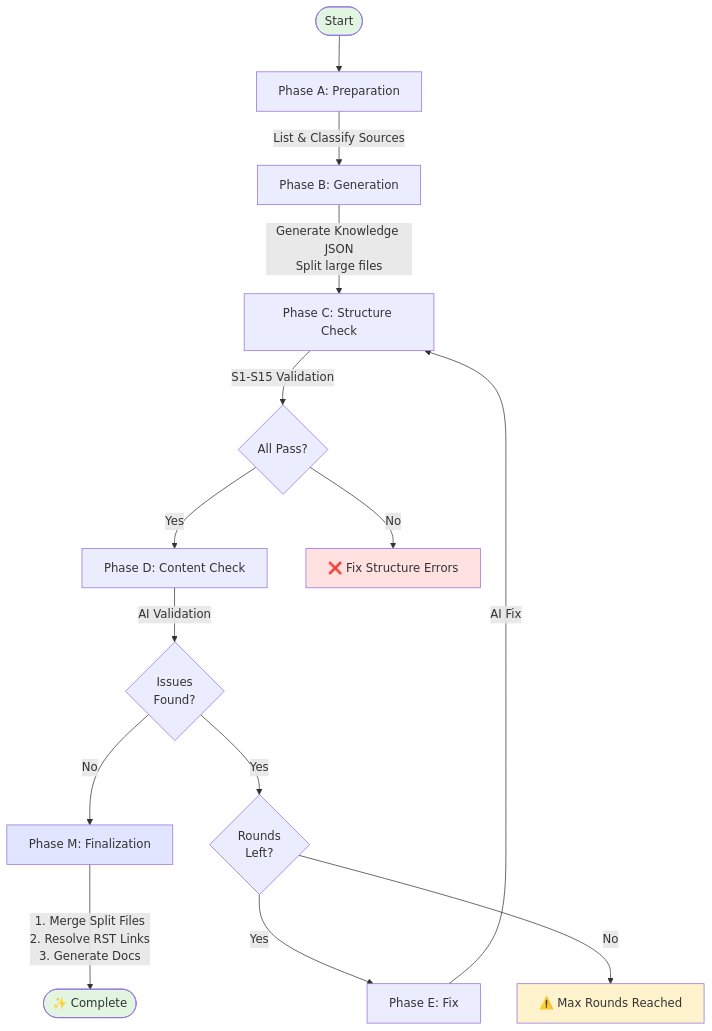
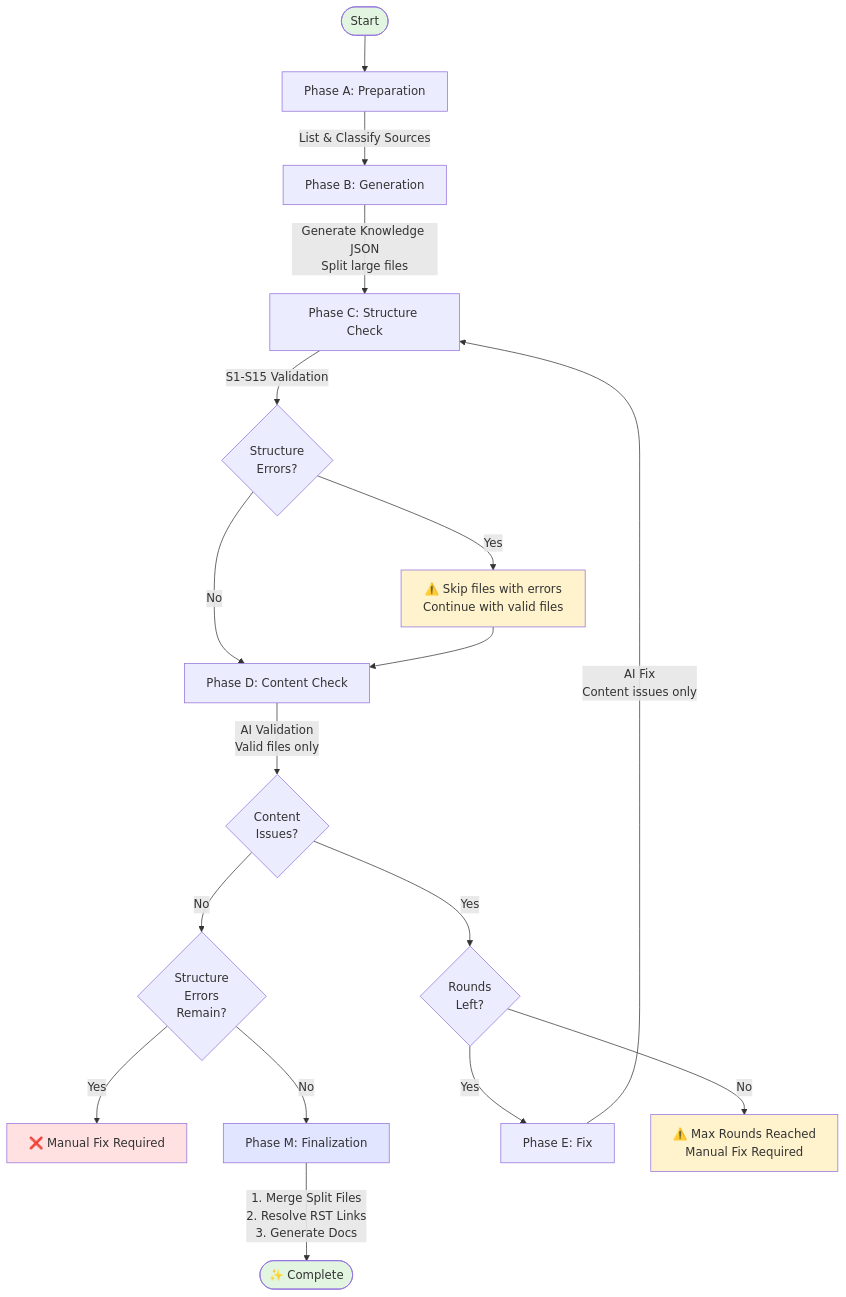
Before and after one commit to nablarch/nabledge-dev: the diagram in tools/knowledge-creator/README.md, drawn with Mermaid.

Commit message:
fix: Clarify structure error handling in flow diagram
Update mermaid flowchart to accurately reflect actual behavior:

- Structure errors: skip Phase D/E, continue with valid files
- Phase E: fixes content issues only (not structure errors)
- After all rounds: check if structure errors remain
- Structure errors require manual fix (Phase E cannot fix)

Before: unclear where structure errors led (appeared to terminate)
After: shows skip→continue→final check→manual fix path

````diff
--- a/tools/knowledge-creator/README.md
+++ b/tools/knowledge-creator/README.md
@@ -9,22 +9,26 @@
 ```mermaid
 flowchart TD
     Start([Start]) --> A[Phase A: Preparation]
     A --> |List & Classify Sources| B[Phase B: Generation]
     B --> |Generate Knowledge JSON<br/>Split large files| C[Phase C: Structure Check]
-    C --> |S1-S15 Validation| PassC{All Pass?}
-    PassC --> |Yes| D[Phase D: Content Check]
-    PassC --> |No| Error[❌ Fix Structure Errors]
-    D --> |AI Validation| PassD{Issues<br/>Found?}
-    PassD --> |No| M[Phase M: Finalization]
+    C --> |S1-S15 Validation| PassC{Structure<br/>Errors?}
+    PassC --> |Yes| StructWarn[⚠️ Skip files with errors<br/>Continue with valid files]
+    PassC --> |No| D[Phase D: Content Check]
+    StructWarn --> D
+    D --> |AI Validation<br/>Valid files only| PassD{Content<br/>Issues?}
+    PassD --> |No| CheckStruct{Structure<br/>Errors<br/>Remain?}
+    CheckStruct --> |Yes| StructError[❌ Manual Fix Required]
+    CheckStruct --> |No| M[Phase M: Finalization]
     PassD --> |Yes| Round{Rounds<br/>Left?}
     Round --> |Yes| E[Phase E: Fix]
-    Round --> |No| MaxRound[⚠️ Max Rounds Reached]
-    E --> |AI Fix| C
+    Round --> |No| MaxRound[⚠️ Max Rounds Reached<br/>Manual Fix Required]
+    E --> |AI Fix<br/>Content issues only| C
     M --> |1. Merge Split Files<br/>2. Resolve RST Links<br/>3. Generate Docs| End([✨ Complete])
 
     style Start fill:#e1f5e1
     style End fill:#e1f5e1
-    style Error fill:#ffe1e1
+    style StructError fill:#ffe1e1
     style MaxRound fill:#fff3cd
+    style StructWarn fill:#fff3cd
     style M fill:#e1e5ff
 ```
````
